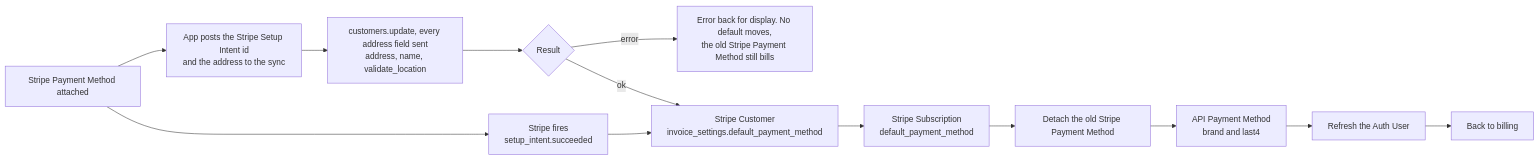
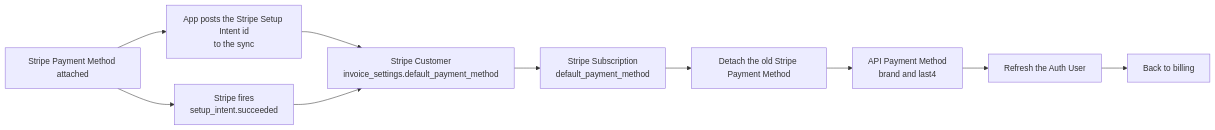
The second of 2 diagrams in public/specs/flows/payment-method/stripe/Update2Submit.md (websanova/starter-flows), drawn with Mermaid before and after one commit. The commit also changed other lines of this file and 1 other file, not shown here.

Commit message:
Update payment method update flow with new setup to require address first.

````diff
--- a/public/specs/flows/payment-method/stripe/Update2Submit.md
+++ b/public/specs/flows/payment-method/stripe/Update2Submit.md
@@ -65,15 +60,12 @@
 ```mermaid
 flowchart LR
-    K["Stripe Payment Method attached"] --> L1[App posts the Stripe Setup Intent id<br/>and the address to the sync]
+    K["Stripe Payment Method attached"] --> L1[App posts the Stripe Setup Intent id<br/>to the sync]
     K --> L2["Stripe fires<br/>setup_intent.succeeded"]
-    L1 --> M["customers.update, every address field sent<br/>address, name, validate_location"]
-    M --> N{Result}
-    N -->|error| N1["Error back for display. No default moves,<br/>the old Stripe Payment Method still bills"]
-    N -->|ok| O["Stripe Customer<br/>invoice_settings.default_payment_method"]
+    L1 --> O["Stripe Customer<br/>invoice_settings.default_payment_method"]
     L2 --> O
     O --> P["Stripe Subscription<br/>default_payment_method"]
     P --> Q[Detach the old Stripe Payment Method]
     Q --> R["API Payment Method<br/>brand and last4"]
     R --> S[Refresh the Auth User]
     S --> T[Back to billing]
 ```
````
